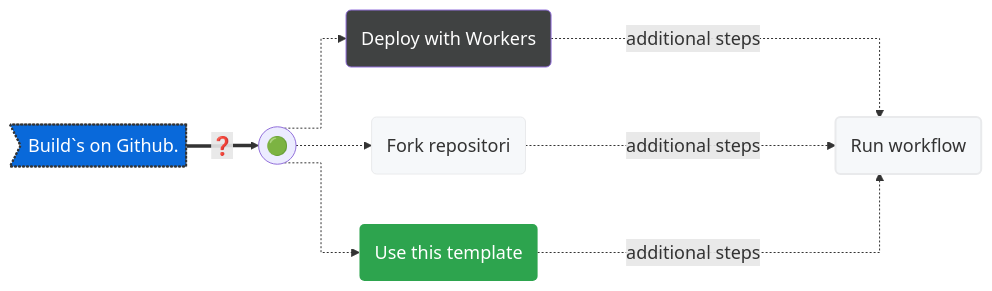
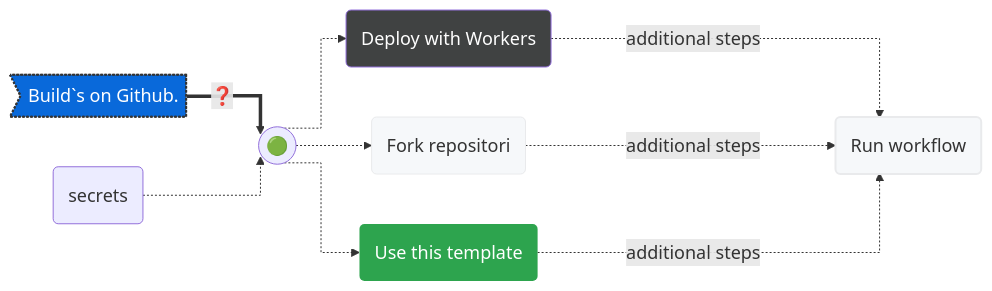
The diagram in README.md (milankomaj/dev-badge), drawn with Mermaid before and after one commit.

````diff
--- a/README.md
+++ b/README.md
@@ -12,24 +12,25 @@
 ```mermaid
 %%{init: {'theme': 'default', 'themeVariables': { 'fontSize': '18px'}}}%%
 %%{ init: { 'flowchart': { 'curve': 'stepAfter' } } }%%
 flowchart LR
 
 A>Build`s on Github.] ==>|"#10067;"| B
+X("secrets") .->B(("🟢"))
 B(("🟢")) .->C("Deploy with Workers")
 B(("🟢")) .->D("Fork repositori")
 B(("🟢")) .->E("Use this template")
 C & D & E -...->|"additional steps"| F("Run workflow") 
 
 style F fill:#f6f8fa,stroke:#333,stroke-width:2px
 style C fill:#404242,color:#fefefe
 style D fill:#f6f8fa,stroke:#e9eaec
 style E fill:#2da44e,stroke-width:0px,color:#ffffff
 style F fill:#f6f8fa,stroke:#e9eaec
 style A fill:#0969da,stroke:#333,stroke-width:2px,color:#fff,stroke-dasharray: 2 2
 
 click A "https://github.com/milankomaj/dev-badge"
 click D "https://github.com/milankomaj/dev-badge/fork"
 click E "https://github.com/milankomaj/dev-badge/generate"
 
 
 ```
````
